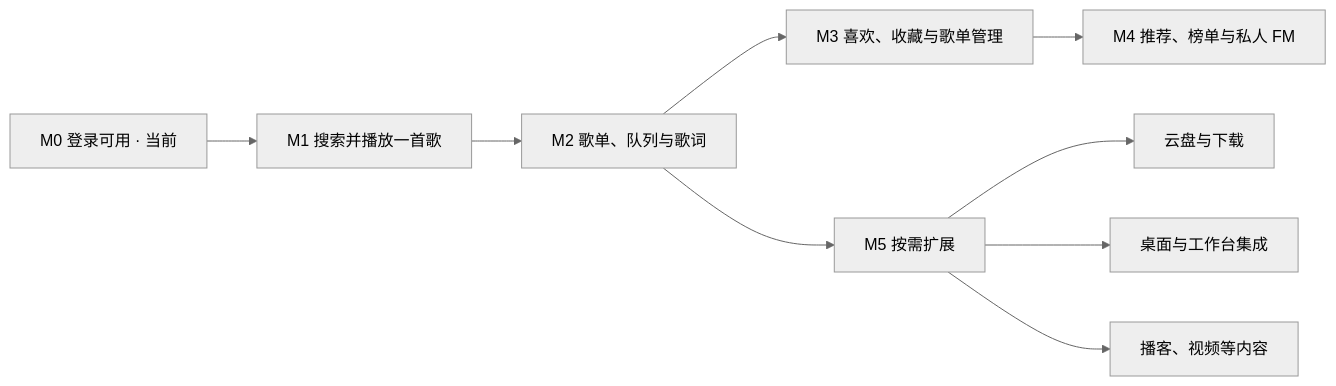
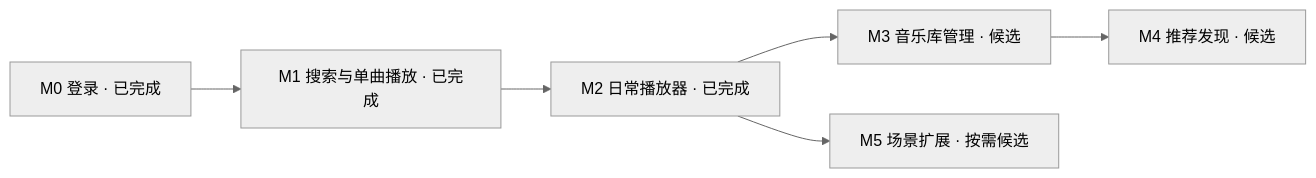
The diagram in docs/roadmap/netease-capability-roadmap.md (crownclowngx/myavalonia-music-netease), drawn with Mermaid (neutral theme) before and after one commit. The commit also changed other lines of this file and 33 other files, not shown here.

````diff
--- a/docs/roadmap/netease-capability-roadmap.md
+++ b/docs/roadmap/netease-capability-roadmap.md
@@ -44,11 +28,8 @@
 ```mermaid
 flowchart LR
-    M0["M0 登录可用 · 当前"] --> M1["M1 搜索并播放一首歌"]
-    M1 --> M2["M2 歌单、队列与歌词"]
-    M2 --> M3["M3 喜欢、收藏与歌单管理"]
-    M3 --> M4["M4 推荐、榜单与私人 FM"]
-    M2 --> M5["M5 按需扩展"]
-    M5 --> A["云盘与下载"]
-    M5 --> B["桌面与工作台集成"]
-    M5 --> C["播客、视频等内容"]
+    M0["M0 登录 · 已完成"] --> M1["M1 搜索与单曲播放 · 已完成"]
+    M1 --> M2["M2 日常播放器 · 已完成"]
+    M2 --> M3["M3 音乐库管理 · 候选"]
+    M3 --> M4["M4 推荐发现 · 候选"]
+    M2 --> M5["M5 场景扩展 · 按需候选"]
 ```
````
